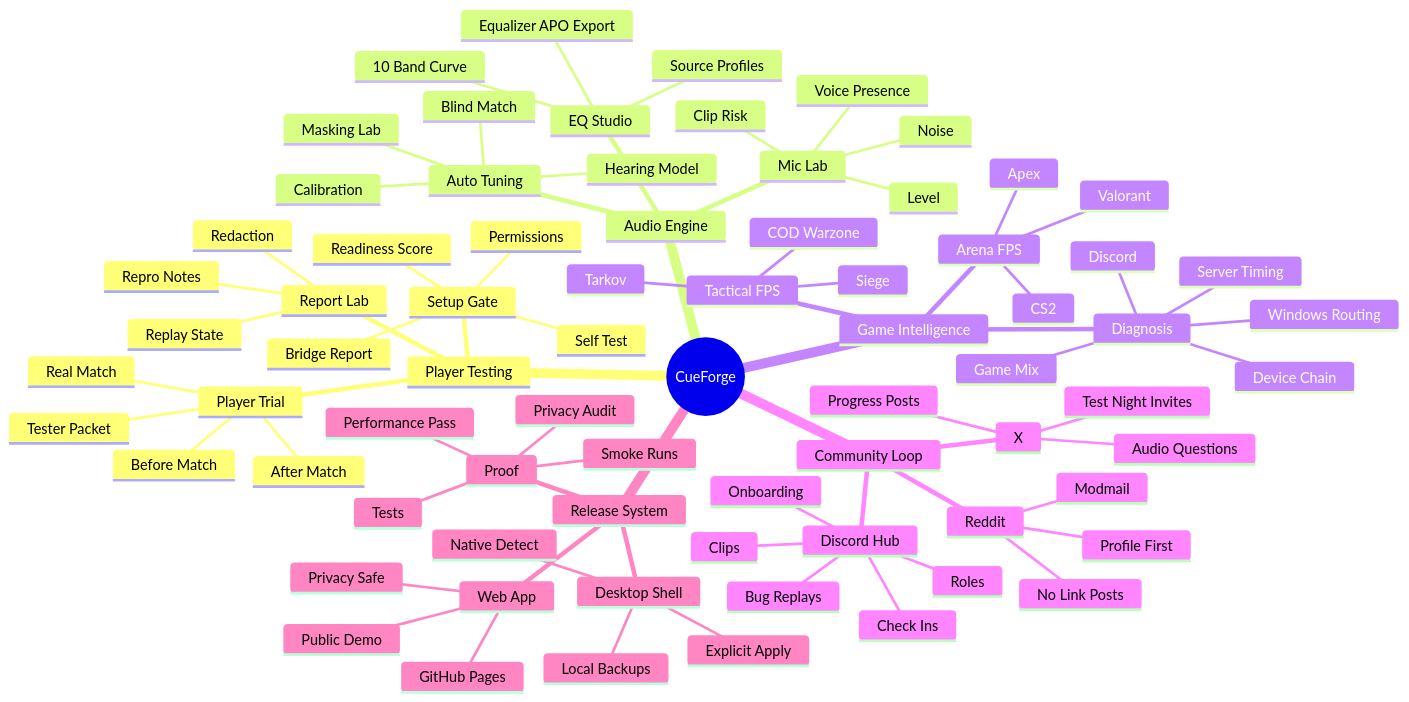
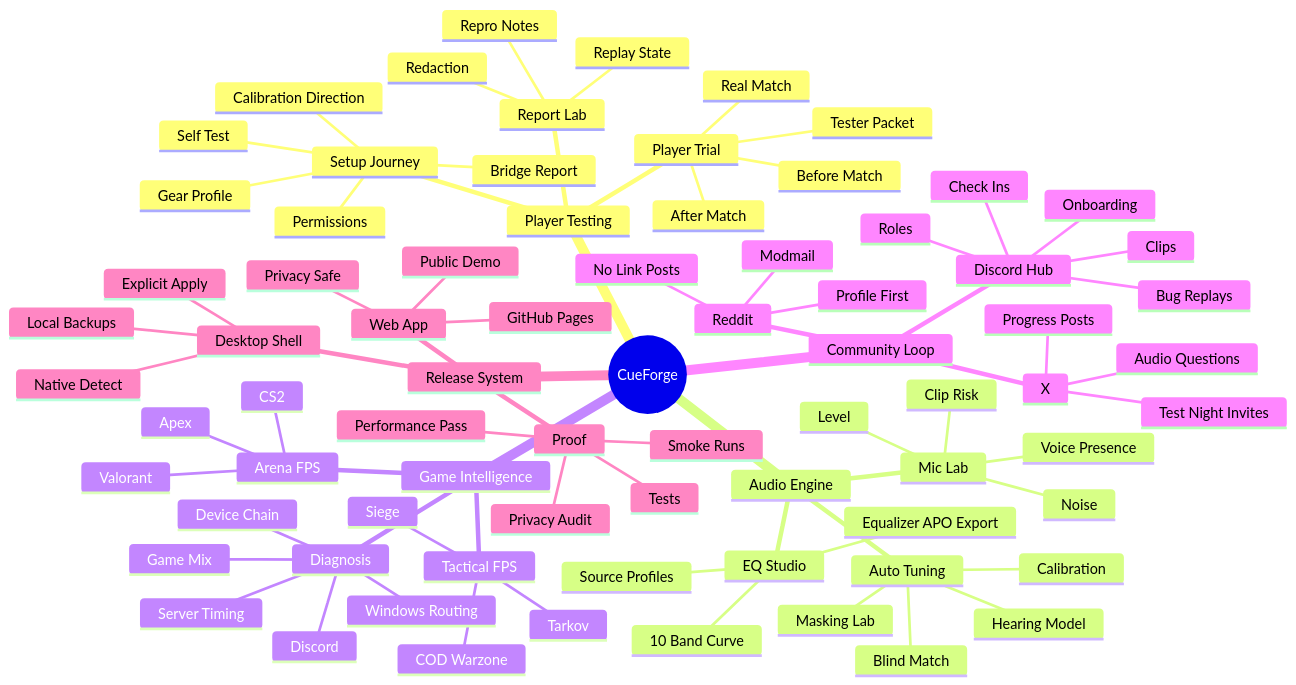
One commit to P4ND4907/cueforge changed the diagram in docs/MASTER_PLAN.md. Above: the diagram before and after it, drawn with Mermaid. The commit also changed other lines of this file and 25 other files, not shown here.

Commit message:
Add immersive setup journey audit

````diff
--- a/docs/MASTER_PLAN.md
+++ b/docs/MASTER_PLAN.md
@@ -9,78 +9,79 @@
 ```mermaid
 mindmap
   root((CueForge))
     Player Testing
-      Setup Gate
+      Setup Journey
         Permissions
         Bridge Report
-        Readiness Score
+        Gear Profile
+        Calibration Direction
         Self Test
       Player Trial
         Before Match
         Real Match
         After Match
         Tester Packet
       Report Lab
         Redaction
         Replay State
         Repro Notes
     Audio Engine
       Mic Lab
         Level
         Noise
         Voice Presence
         Clip Risk
       EQ Studio
         10 Band Curve
         Equalizer APO Export
         Source Profiles
       Auto Tuning
         Calibration
         Blind Match
         Masking Lab
         Hearing Model
     Game Intelligence
       Tactical FPS
         Tarkov
         Siege
         COD Warzone
       Arena FPS
         Apex
         CS2
         Valorant
       Diagnosis
         Game Mix
         Server Timing
         Discord
         Windows Routing
         Device Chain
     Community Loop
       Discord Hub
         Onboarding
         Roles
         Check Ins
         Clips
         Bug Replays
       Reddit
         Profile First
         Modmail
         No Link Posts
       X
         Progress Posts
         Audio Questions
         Test Night Invites
     Release System
       Web App
         Public Demo
         GitHub Pages
         Privacy Safe
       Desktop Shell
         Native Detect
         Explicit Apply
         Local Backups
       Proof
         Tests
         Smoke Runs
         Privacy Audit
         Performance Pass
 ```
````
